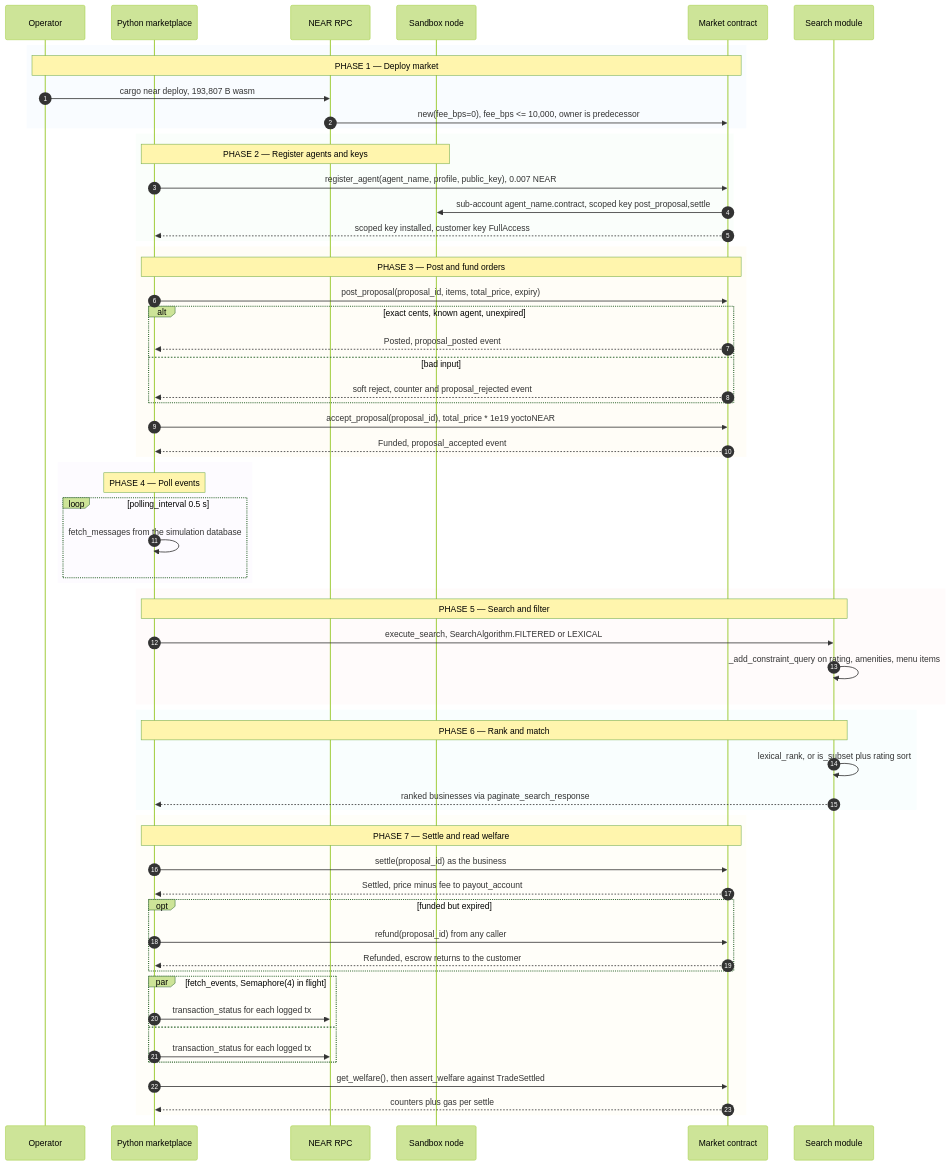
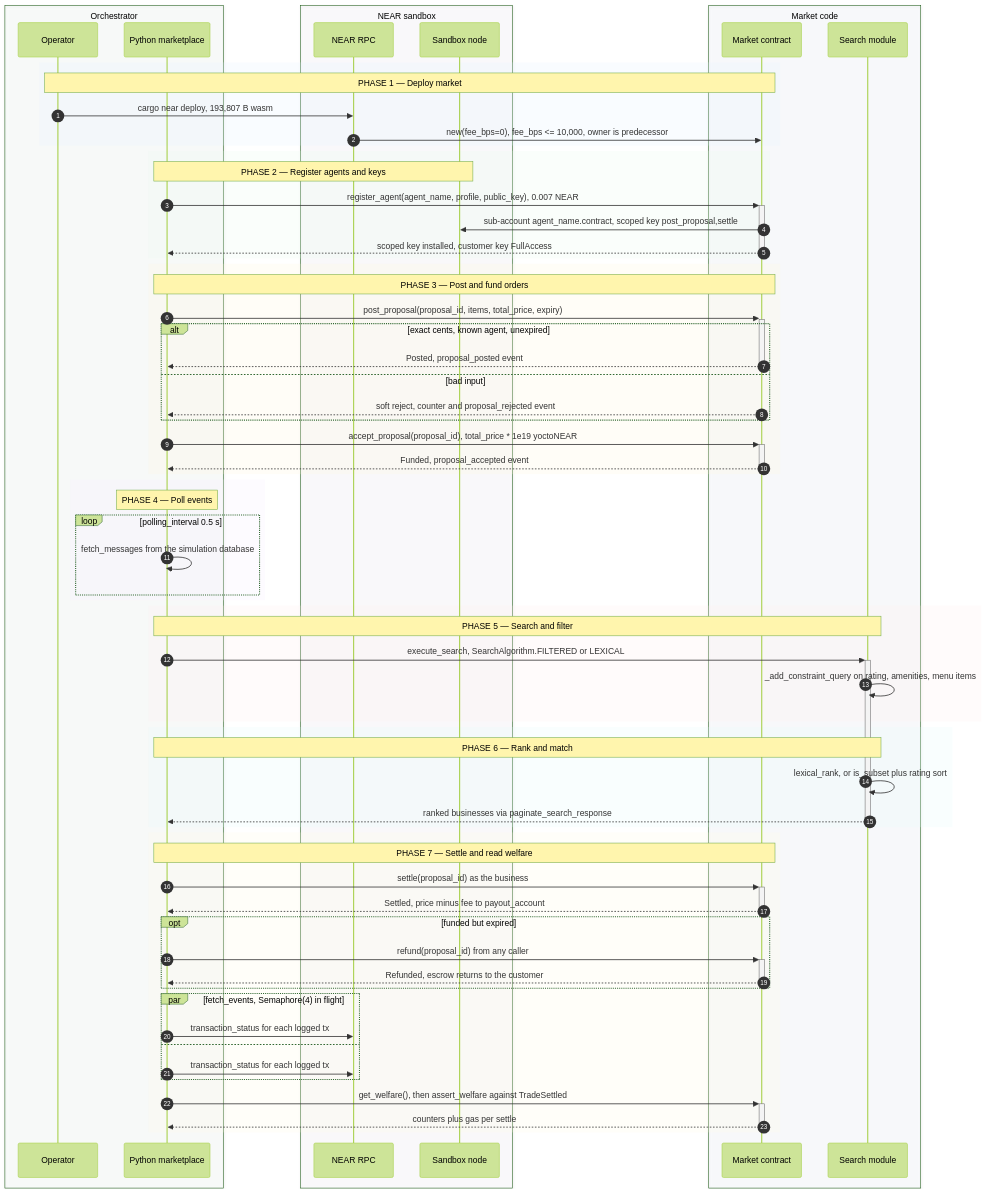
Before and after one commit to p3dr0-coder/two-sided-agent-market: the diagram in README.md, drawn with Mermaid (forest theme).

Commit message:
docs(ekklesia): add system boundaries and activations to the diagram

````diff
--- a/README.md
+++ b/README.md
@@ -5,66 +5,72 @@
 ```mermaid
 sequenceDiagram
     accTitle: ekklesia runtime flow
     accDescr: Operator deploys the market, registers agents, runs scripted orders, then settles and reads welfare.
     autonumber
+    box rgba(230,247,235,0.12) Orchestrator
     participant U as Operator
     participant P as Python marketplace
+    end
+    box rgba(243,232,255,0.12) NEAR sandbox
     participant R as NEAR RPC
     participant B as Sandbox node
+    end
+    box rgba(226,238,255,0.12) Market code
     participant M as Market contract
     participant S as Search module
+    end
     rect rgba(226,238,255,0.20)
     Note over U,M: PHASE 1 — Deploy market
     U->>R: cargo near deploy, 193,807 B wasm
     R->>M: new(fee_bps=0), fee_bps <= 10,000, owner is predecessor
     end
     rect rgba(230,247,235,0.20)
     Note over P,B: PHASE 2 — Register agents and keys
-    P->>M: register_agent(agent_name, profile, public_key), 0.007 NEAR
+    P->>+M: register_agent(agent_name, profile, public_key), 0.007 NEAR
     M->>B: sub-account agent_name.contract, scoped key post_proposal,settle
-    M-->>P: scoped key installed, customer key FullAccess
+    M-->>-P: scoped key installed, customer key FullAccess
     end
     rect rgba(255,244,214,0.20)
     Note over P,M: PHASE 3 — Post and fund orders
-    P->>M: post_proposal(proposal_id, items, total_price, expiry)
+    P->>+M: post_proposal(proposal_id, items, total_price, expiry)
     alt exact cents, known agent, unexpired
-    M-->>P: Posted, proposal_posted event
+    M-->>-P: Posted, proposal_posted event
     else bad input
     M-->>P: soft reject, counter and proposal_rejected event
     end
-    P->>M: accept_proposal(proposal_id), total_price * 1e19 yoctoNEAR
-    M-->>P: Funded, proposal_accepted event
+    P->>+M: accept_proposal(proposal_id), total_price * 1e19 yoctoNEAR
+    M-->>-P: Funded, proposal_accepted event
     end
     rect rgba(243,232,255,0.20)
     Note over P: PHASE 4 — Poll events
     loop polling_interval 0.5 s
     P->>P: fetch_messages from the simulation database
     end
     end
     rect rgba(255,232,232,0.20)
     Note over P,S: PHASE 5 — Search and filter
-    P->>S: execute_search, SearchAlgorithm.FILTERED or LEXICAL
+    P->>+S: execute_search, SearchAlgorithm.FILTERED or LEXICAL
     S->>S: _add_constraint_query on rating, amenities, menu items
     end
     rect rgba(224,247,250,0.20)
     Note over P,S: PHASE 6 — Rank and match
     S->>S: lexical_rank, or is_subset plus rating sort
-    S-->>P: ranked businesses via paginate_search_response
+    S-->>-P: ranked businesses via paginate_search_response
     end
     rect rgba(255,248,225,0.20)
     Note over P,M: PHASE 7 — Settle and read welfare
-    P->>M: settle(proposal_id) as the business
-    M-->>P: Settled, price minus fee to payout_account
+    P->>+M: settle(proposal_id) as the business
+    M-->>-P: Settled, price minus fee to payout_account
     opt funded but expired
-    P->>M: refund(proposal_id) from any caller
-    M-->>P: Refunded, escrow returns to the customer
+    P->>+M: refund(proposal_id) from any caller
+    M-->>-P: Refunded, escrow returns to the customer
     end
     par fetch_events, Semaphore(4) in flight
     P->>R: transaction_status for each logged tx
     and
     P->>R: transaction_status for each logged tx
     end
-    P->>M: get_welfare(), then assert_welfare against TradeSettled
-    M-->>P: counters plus gas per settle
+    P->>+M: get_welfare(), then assert_welfare against TradeSettled
+    M-->>-P: counters plus gas per settle
     end
 ```
````
